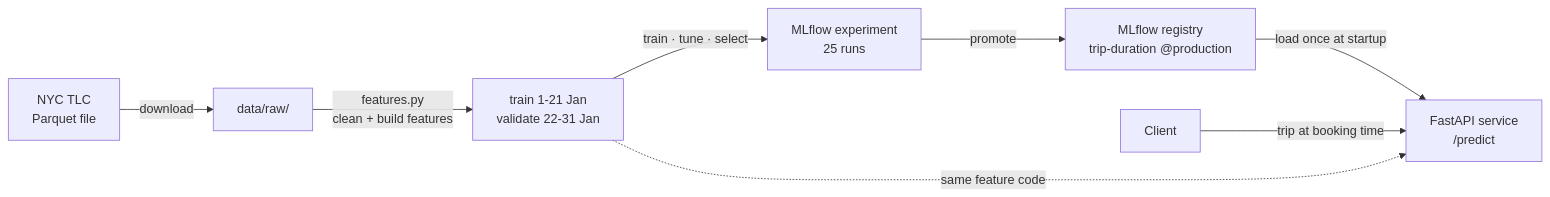
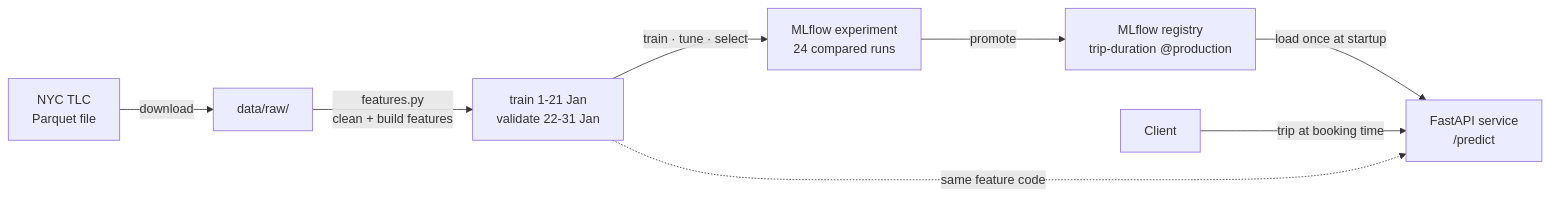
The diagram in README.md (sean-mas/end-to-end-ml-microservice), drawn with Mermaid before and after one commit. The commit also changed other lines of this file and 22 other files, not shown here.

First line of the commit message:
Back every quality figure with code and fix review findings

````diff
--- a/README.md
+++ b/README.md
@@ -114,10 +122,10 @@
 ```mermaid
 flowchart LR
   A["NYC TLC<br>Parquet file"] -->|download| B["data/raw/"]
   B -->|"features.py<br>clean + build features"| C["train 1-21 Jan<br>validate 22-31 Jan"]
-  C -->|"train · tune · select"| D["MLflow experiment<br>25 runs"]
+  C -->|"train · tune · select"| D["MLflow experiment<br>24 compared runs"]
   D -->|promote| E["MLflow registry<br>trip-duration @production"]
   E -->|"load once at startup"| F["FastAPI service<br>/predict"]
   G["Client"] -->|"trip at booking time"| F
   C -.->|"same feature code"| F
 ```
````
